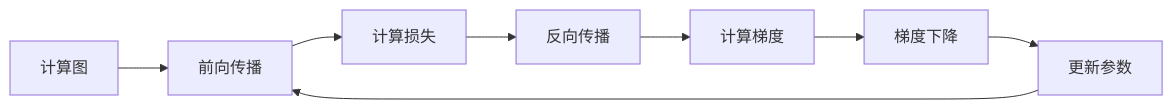
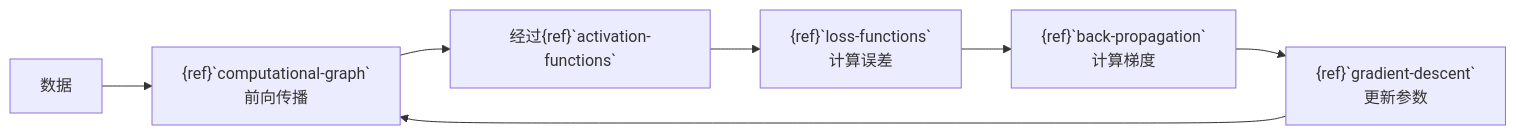
Before and after one commit to ulink-deep-learning-club/ulink-deeplearningclub-handouts: the diagram in source/math-fundamentals/the-end.md, drawn with Mermaid. The commit also changed other lines of this file and 10 other files, not shown here.

````diff
--- a/source/math-fundamentals/the-end.md
+++ b/source/math-fundamentals/the-end.md
@@ -29,10 +36,9 @@
 ```{mermaid}
 graph LR
-    A[计算图] --> B[前向传播]
-    B --> C[计算损失]
-    C --> D[反向传播]
-    D --> E[计算梯度]
-    E --> F[梯度下降]
-    F --> G[更新参数]
-    G --> B
+    A[数据] --> B["{ref}`computational-graph`<br/>前向传播"]
+    B --> C["经过{ref}`activation-functions`"]
+    C --> D["{ref}`loss-functions`<br/>计算误差"]
+    D --> E["{ref}`back-propagation`<br/>计算梯度"]
+    E --> F["{ref}`gradient-descent`<br/>更新参数"]
+    F --> B
 ```
````
